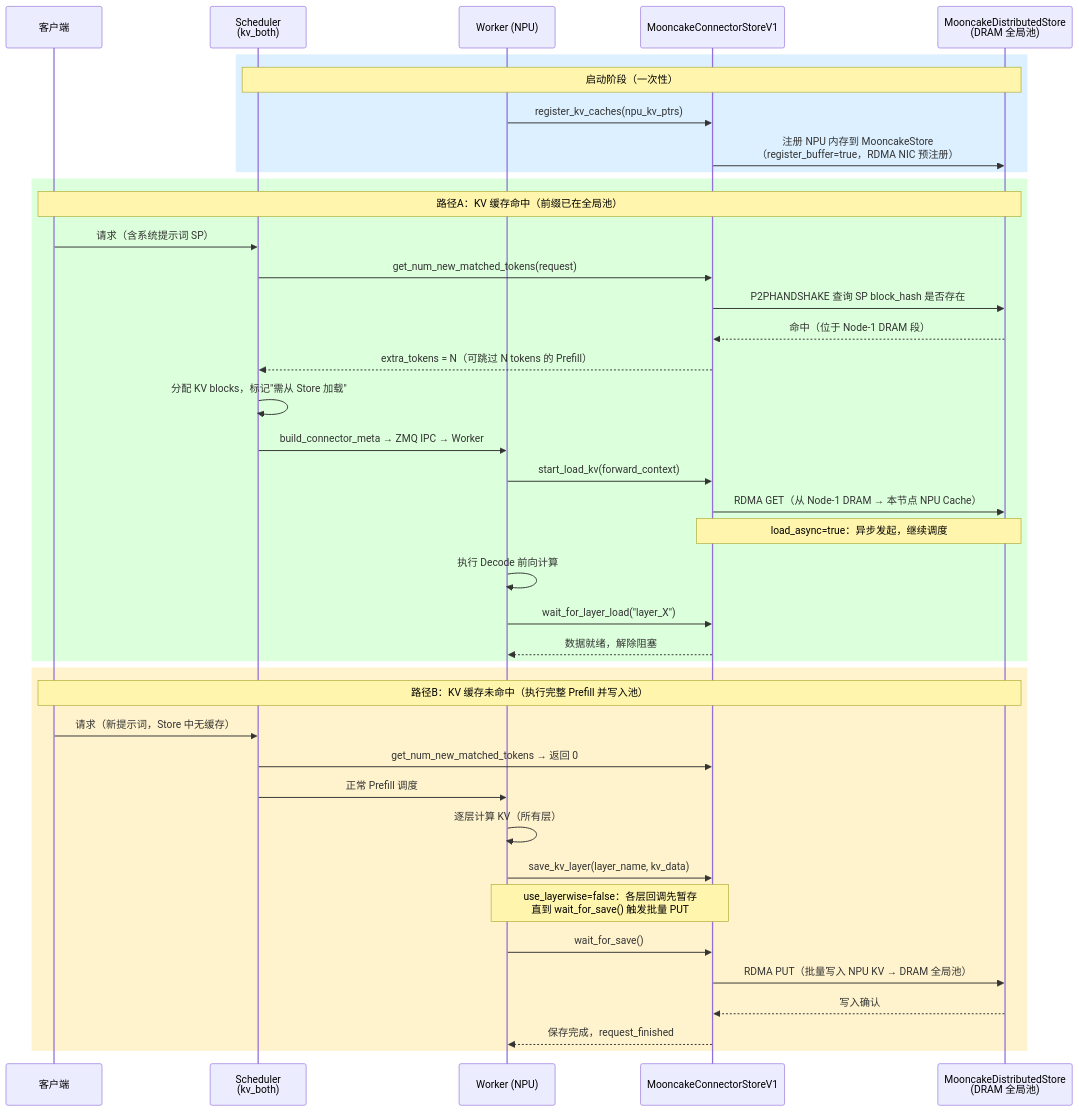
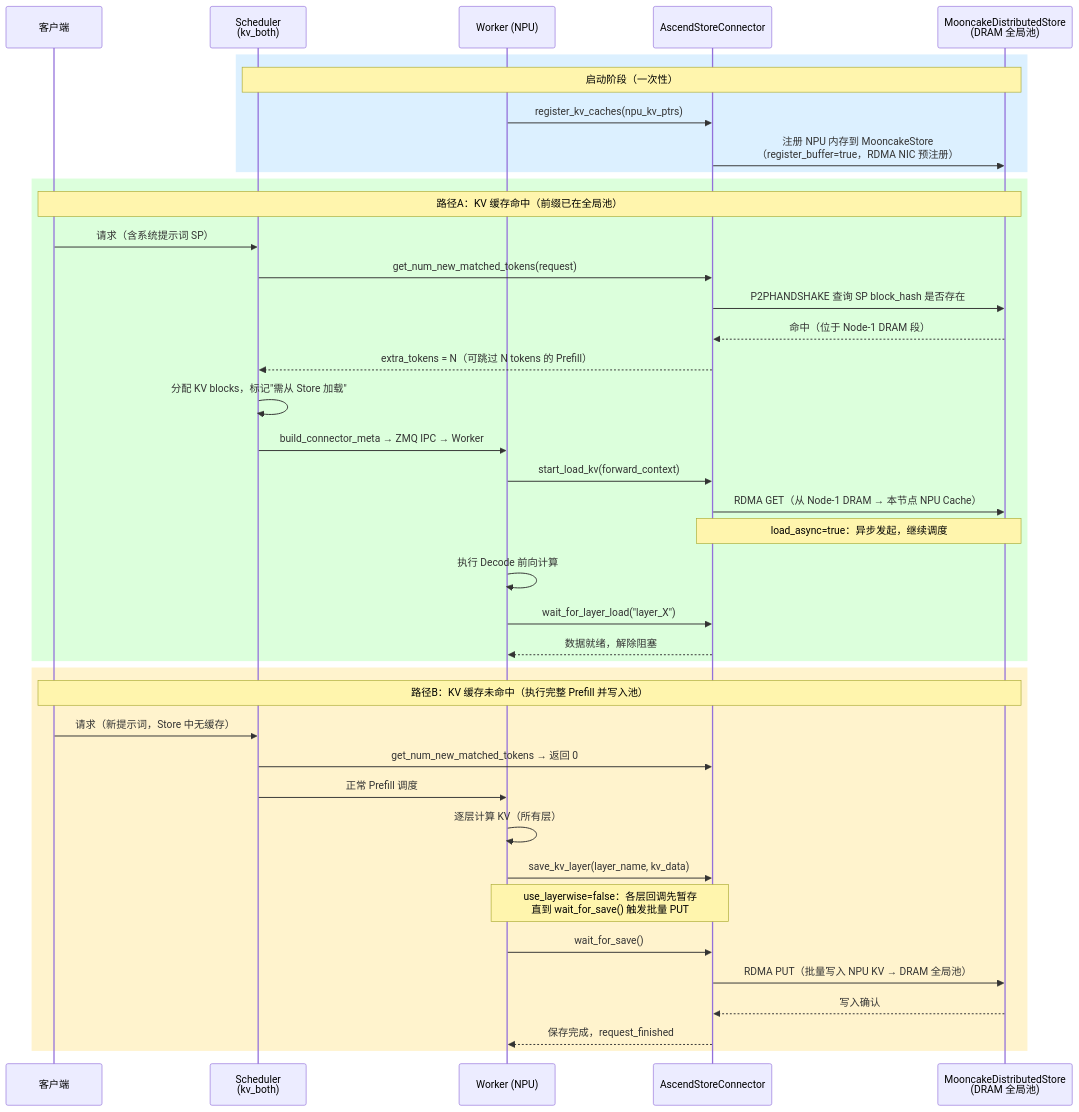
One commit to HeduAiDev/vllm-from-scratch changed the fifth of 10 diagrams in BLOG_PART2B_V2.md. Above: the diagram before and after it, drawn with Mermaid. The commit also changed other lines of this file, not shown here.

````diff
--- a/BLOG_PART2B_V2.md
+++ b/BLOG_PART2B_V2.md
@@ -2322,45 +2292,45 @@
 ```mermaid
 sequenceDiagram
     participant CL as 客户端
     participant SH as Scheduler<br/>(kv_both)
     participant WK as Worker (NPU)
-    participant CV as MooncakeConnectorStoreV1
+    participant CV as AscendStoreConnector
     participant ST as MooncakeDistributedStore<br/>(DRAM 全局池)
 
     rect rgb(220, 240, 255)
         Note over SH,ST: 启动阶段（一次性）
         WK->>CV: register_kv_caches(npu_kv_ptrs)
         CV->>ST: 注册 NPU 内存到 MooncakeStore<br/>（register_buffer=true，RDMA NIC 预注册）
     end
 
     rect rgb(220, 255, 220)
         Note over CL,ST: 路径A：KV 缓存命中（前缀已在全局池）
         CL->>SH: 请求（含系统提示词 SP）
         SH->>CV: get_num_new_matched_tokens(request)
         CV->>ST: P2PHANDSHAKE 查询 SP block_hash 是否存在
         ST-->>CV: 命中（位于 Node-1 DRAM 段）
         CV-->>SH: extra_tokens = N（可跳过 N tokens 的 Prefill）
         SH->>SH: 分配 KV blocks，标记"需从 Store 加载"
         SH->>WK: build_connector_meta → ZMQ IPC → Worker
         WK->>CV: start_load_kv(forward_context)
         CV->>ST: RDMA GET（从 Node-1 DRAM → 本节点 NPU Cache）
         Note over CV,ST: load_async=true：异步发起，继续调度
         WK->>WK: 执行 Decode 前向计算
         WK->>CV: wait_for_layer_load("layer_X")
         CV-->>WK: 数据就绪，解除阻塞
     end
 
     rect rgb(255, 243, 205)
         Note over CL,ST: 路径B：KV 缓存未命中（执行完整 Prefill 并写入池）
         CL->>SH: 请求（新提示词，Store 中无缓存）
         SH->>CV: get_num_new_matched_tokens → 返回 0
         SH->>WK: 正常 Prefill 调度
         WK->>WK: 逐层计算 KV（所有层）
         WK->>CV: save_kv_layer(layer_name, kv_data)
         Note over WK,CV: use_layerwise=false：各层回调先暂存<br/>直到 wait_for_save() 触发批量 PUT
         WK->>CV: wait_for_save()
         CV->>ST: RDMA PUT（批量写入 NPU KV → DRAM 全局池）
         ST-->>CV: 写入确认
         CV-->>WK: 保存完成，request_finished
     end
 ```
````
